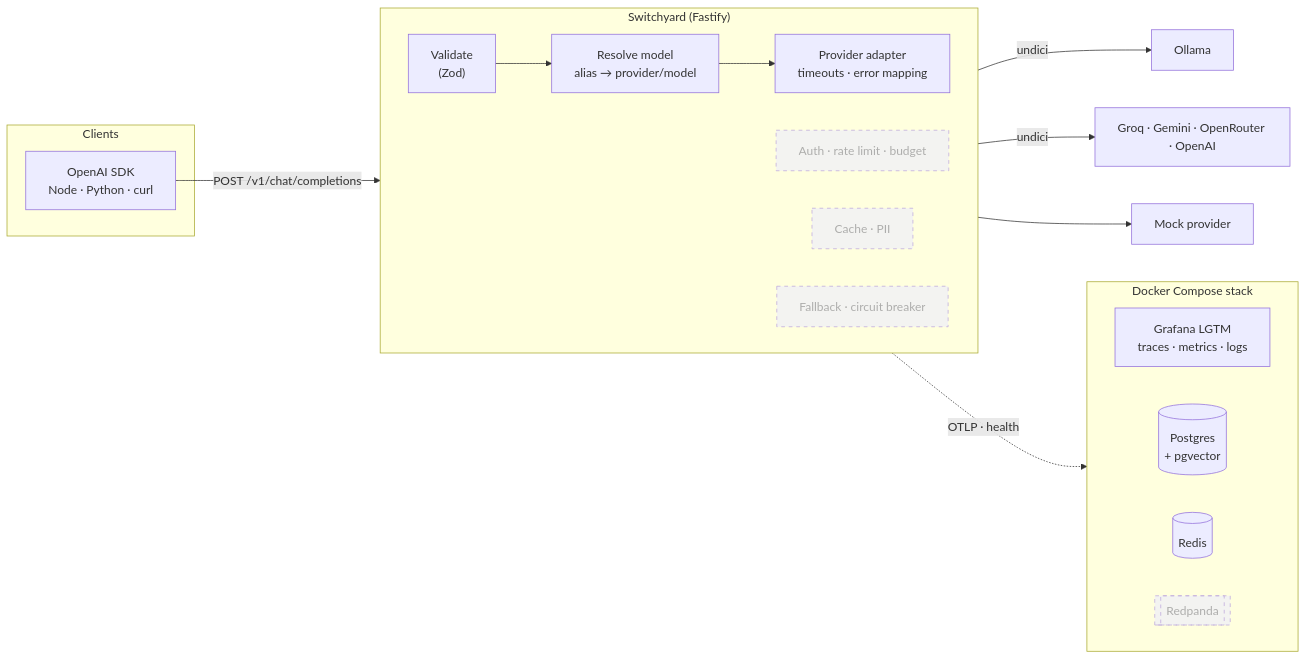
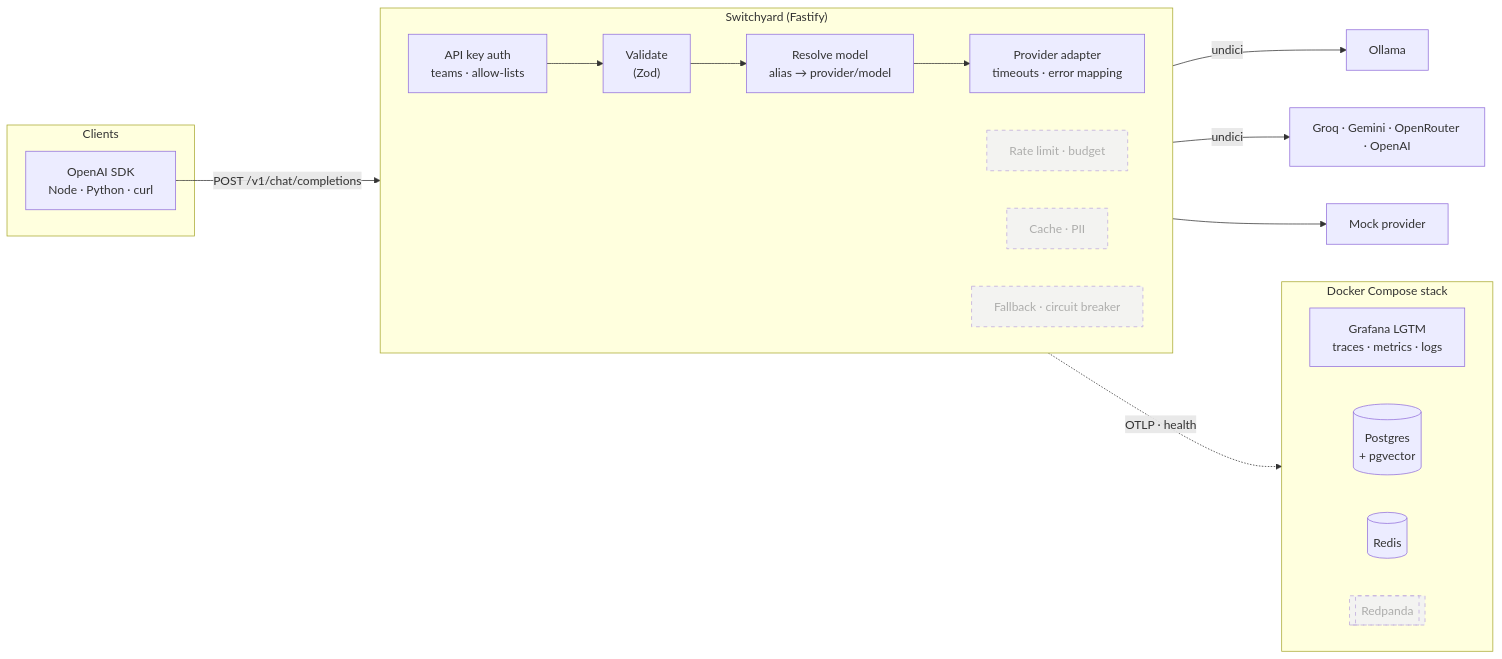
One commit to thisanches07/switchyard changed the first of 5 diagrams in README.md. Above: the diagram before and after it, drawn with Mermaid. The commit also changed other lines of this file and 2 other files, not shown here.

Commit message:
docs: key-based quickstart, admin API guide, auth in diagrams and a re-recorded demo; smoke uses admin-issued keys [spec-004]

````diff
--- a/README.md
+++ b/README.md
@@ -192,32 +213,33 @@
 ```mermaid
 flowchart LR
   subgraph Clients
     SDK["OpenAI SDK<br/>Node · Python · curl"]
   end
 
   subgraph GW["Switchyard (Fastify)"]
     direction LR
-    V["Validate<br/>(Zod)"] --> RES["Resolve model<br/>alias → provider/model"]
+    AUTH["API key auth<br/>teams · allow-lists"] --> V["Validate<br/>(Zod)"]
+    V --> RES["Resolve model<br/>alias → provider/model"]
     RES --> AD["Provider adapter<br/>timeouts · error mapping"]
-    AUTH["Auth · rate limit · budget"]:::planned
+    LIM["Rate limit · budget"]:::planned
     CACHE["Cache · PII"]:::planned
     FB["Fallback · circuit breaker"]:::planned
   end
 
-  SDK -->|"POST /v1/chat/completions"| V
+  SDK -->|"POST /v1/chat/completions"| AUTH
   AD -->|undici| OL["Ollama"]
   AD -->|undici| OAI["Groq · Gemini · OpenRouter · OpenAI"]
   AD --> MOCK["Mock provider"]
 
   subgraph Infra["Docker Compose stack"]
     direction LR
     LGTM["Grafana LGTM<br/>traces · metrics · logs"]
     PG[("Postgres<br/>+ pgvector")]
     RD[("Redis")]
     KF[["Redpanda"]]:::planned
   end
 
   GW -. "OTLP · health" .-> Infra
 
   classDef planned stroke-dasharray: 5 5,opacity:0.6
 ```
````
